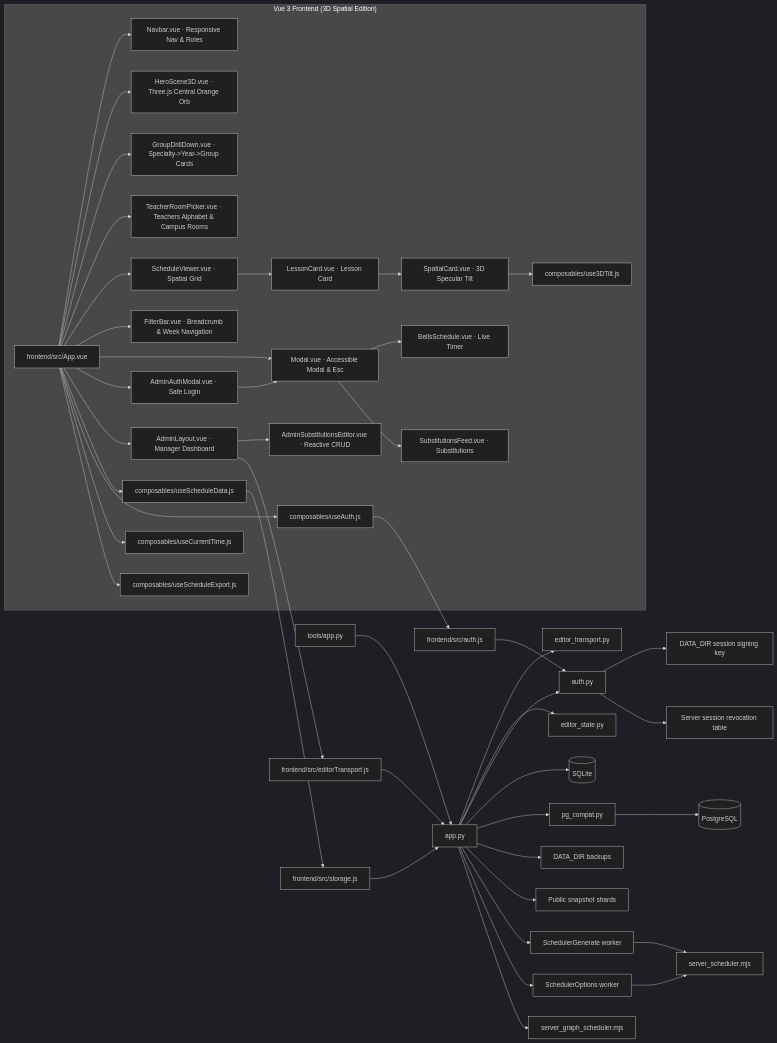
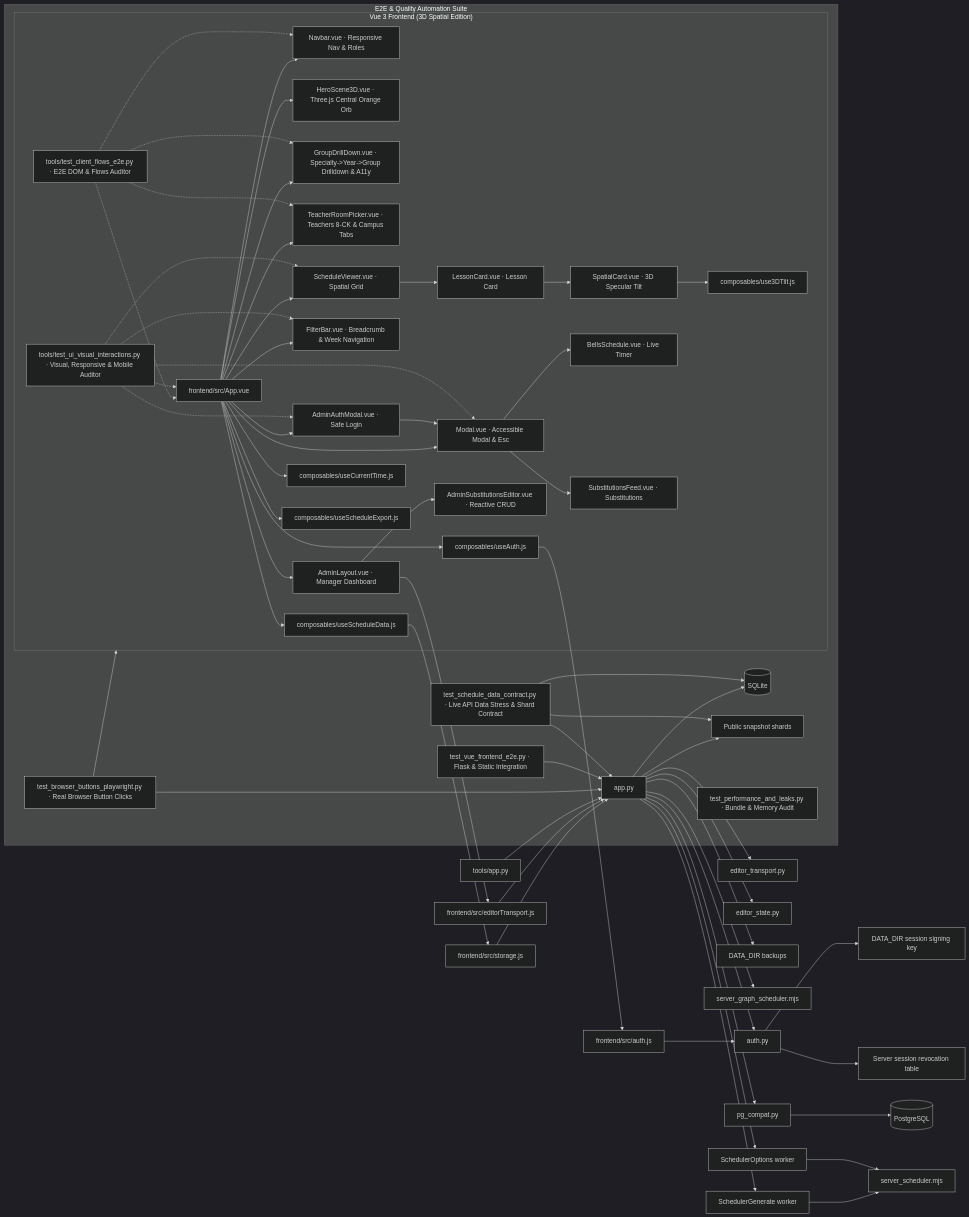
The first of 7 diagrams in docs/UML.md (nikkhl0358-max/time), drawn with Mermaid (dark theme) before and after one commit. The commit also changed other lines of this file and 27 other files, not shown here.

````diff
--- a/docs/UML.md
+++ b/docs/UML.md
@@ -10,8 +10,8 @@
         App[frontend/src/App.vue]
         Navbar[Navbar.vue · Responsive Nav & Roles]
         Hero[HeroScene3D.vue · Three.js Central Orange Orb]
-        DrillDown[GroupDrillDown.vue · Specialty->Year->Group Cards]
-        EntityPicker[TeacherRoomPicker.vue · Teachers Alphabet & Campus Rooms]
+        DrillDown[GroupDrillDown.vue · Specialty->Year->Group Drilldown & A11y]
+        EntityPicker[TeacherRoomPicker.vue · Teachers 8-CK & Campus Tabs]
         Viewer[ScheduleViewer.vue · Spatial Grid]
         Card[LessonCard.vue · Lesson Card]
         SpatialCard[SpatialCard.vue · 3D Specular Tilt]
@@ -22,6 +22,8 @@
         AuthModal[AdminAuthModal.vue · Safe Login]
         Admin[AdminLayout.vue · Manager Dashboard]
         AdminSubs[AdminSubstitutionsEditor.vue · Reactive CRUD]
+        TestClientFlows[tools/test_client_flows_e2e.py · E2E DOM & Flows Auditor]
+        TestUIVisual[tools/test_ui_visual_interactions.py · Visual, Responsive & Mobile Auditor]
         
         App --> Navbar
         App --> Hero
@@ -38,6 +40,15 @@
         AuthModal --> Modal
         App --> Admin
         Admin --> AdminSubs
+        TestClientFlows -.-> App
+        TestClientFlows -.-> DrillDown
+        TestClientFlows -.-> EntityPicker
+        TestClientFlows -.-> Navbar
+        TestUIVisual -.-> App
+        TestUIVisual -.-> Viewer
+        TestUIVisual -.-> Filter
+        TestUIVisual -.-> Modal
+        TestUIVisual -.-> AuthModal
 
         App --> SchedComposable[composables/useScheduleData.js]
         App --> AuthComposable[composables/useAuth.js]
@@ -69,4 +80,17 @@
     GenWorker --> Scheduler[server_scheduler.mjs]
     OptWorker --> Scheduler
     API --> GraphScheduler[server_graph_scheduler.mjs]
+
+    subgraph Testing["E2E & Quality Automation Suite"]
+        PlaywrightTester["test_browser_buttons_playwright.py · Real Browser Button Clicks"]
+        PerformanceTester["test_performance_and_leaks.py · Bundle & Memory Audit"]
+        VueIntegration["test_vue_frontend_e2e.py · Flask & Static Integration"]
+        DataContractTester["test_schedule_data_contract.py · Live API Data Stress & Shard Contract"]
+        PlaywrightTester --> Frontend
+        PlaywrightTester --> API
+        VueIntegration --> API
+        DataContractTester --> API
+        DataContractTester --> SQLite
+        DataContractTester --> Public
+    end
 ```
````
